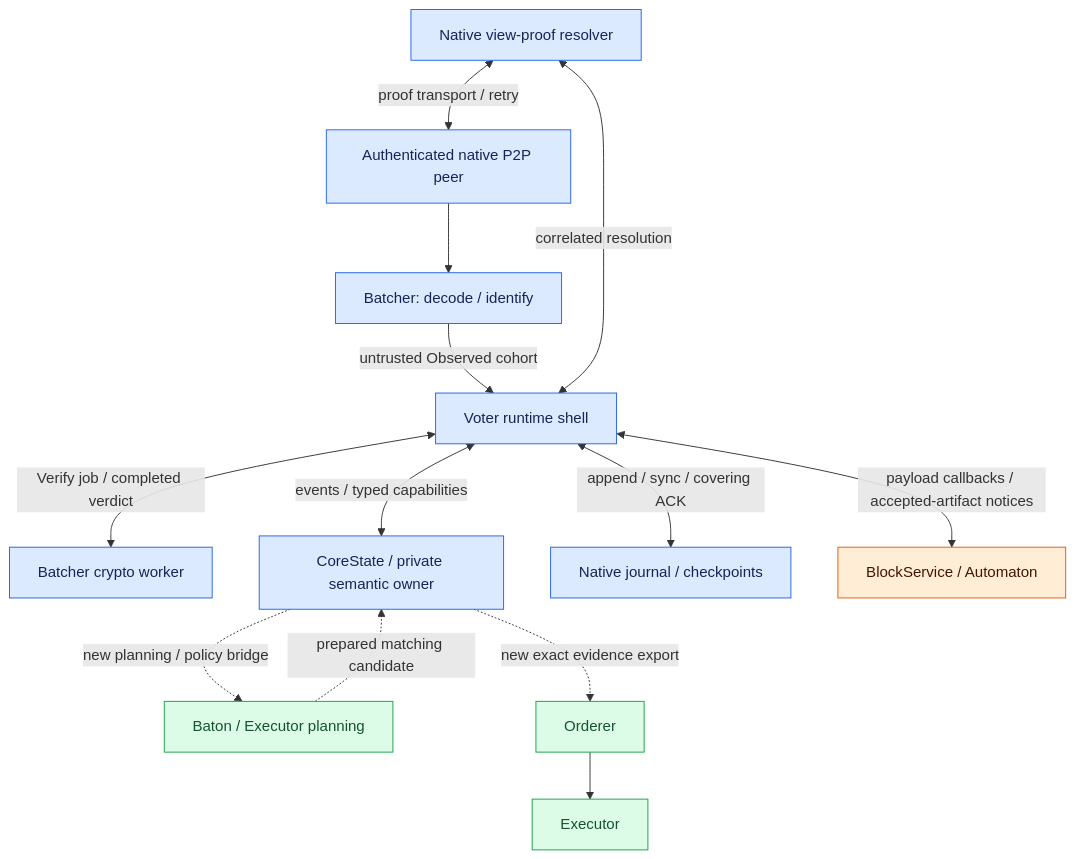
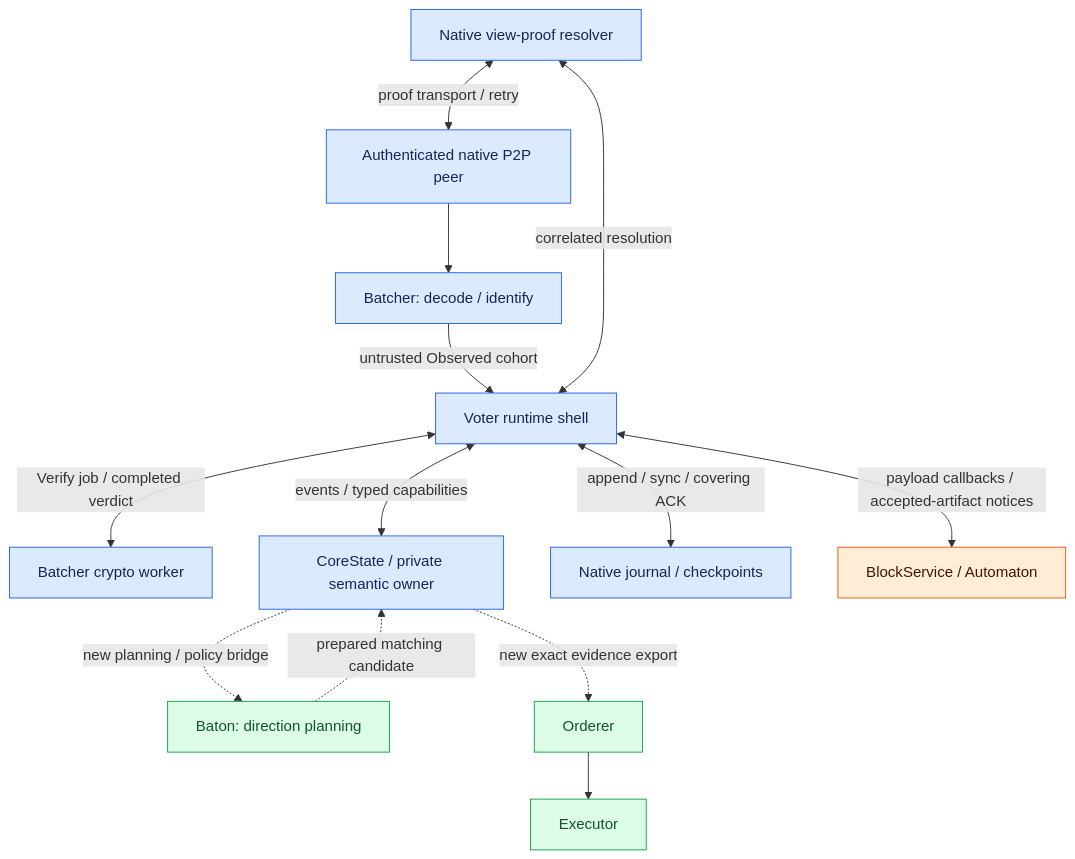
The diagram in docs/consensus/README.md (djm07073/baton-research), drawn with Mermaid before and after one commit. The commit also changed other lines of this file and 67 other files, not shown here.

````diff
--- a/docs/consensus/README.md
+++ b/docs/consensus/README.md
@@ -17,21 +17,21 @@
 ```mermaid
 flowchart TB
     W[Authenticated native P2P peer] --> B[Batcher: decode / identify]
     B -->|untrusted Observed cohort| V[Voter runtime shell]
     V <-->|Verify job / completed verdict| K[Batcher crypto worker]
     R[Native view-proof resolver] <-->|proof transport / retry| W
     R <-->|correlated resolution| V
     V <-->|events / typed capabilities| C[CoreState / private semantic owner]
     V <-->|append / sync / covering ACK| J[Native journal / checkpoints]
     V <-->|payload callbacks / accepted-artifact notices| A[BlockService / Automaton]
-    C -. new planning / policy bridge .-> P[Baton / Executor planning]
+    C -. new planning / policy bridge .-> P[Baton: direction planning]
     P -. prepared matching candidate .-> C
     C -. new exact evidence export .-> D[Orderer]
     D --> E[Executor]
     classDef reuse fill:#dbeafe,stroke:#2563eb,color:#172554;
     classDef adapt fill:#ffedd5,stroke:#ea580c,color:#431407;
     classDef fresh fill:#dcfce7,stroke:#16a34a,color:#14532d;
     class W,B,K,V,R,C,J reuse;
     class A adapt;
     class P,D,E fresh;
 ```
````
